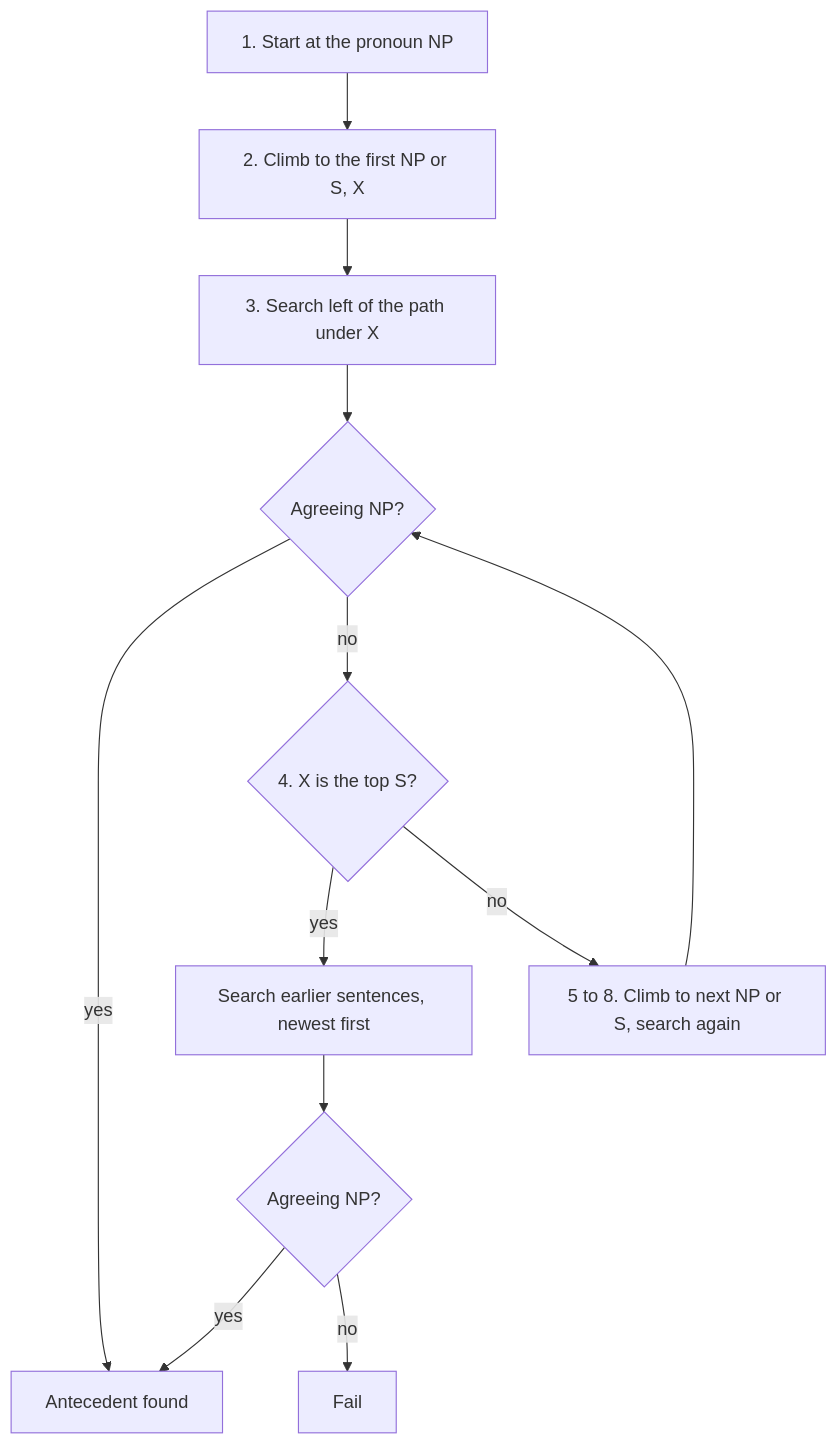
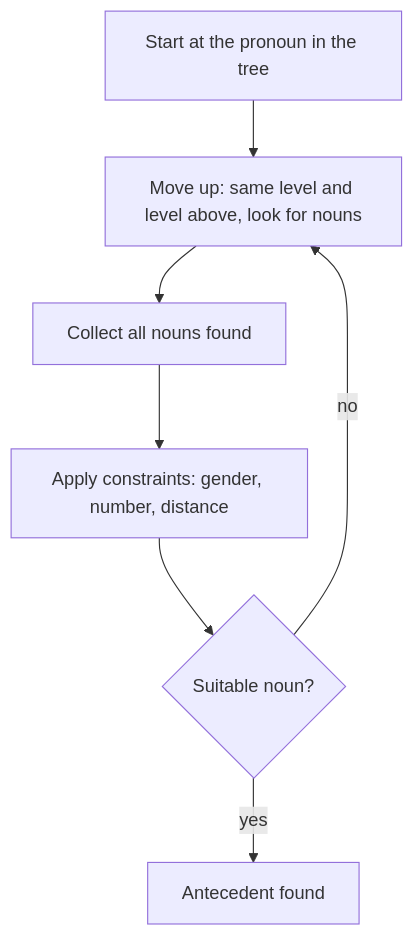
Before and after one commit to TrendySloth1001/sem-seven-notes: the diagram in content/natural-language-processing/pyq/2022-12-ce/q5b.mdx, drawn with Mermaid. The commit also changed other lines of this file and 406 other files, not shown here.

````diff
--- a/content/natural-language-processing/pyq/2022-12-ce/q5b.mdx
+++ b/content/natural-language-processing/pyq/2022-12-ce/q5b.mdx
@@ -25,15 +16,10 @@
 ```mermaid
-%% caption: Hobbs search. First search the pronoun's own sentence outward from the pronoun, then earlier sentences, newest first. The first agreeing NP is the antecedent.
+%% caption: The four Hobbs steps. If no noun survives the constraints, the search is repeated.
 flowchart TD
-  A["1. Start at the pronoun NP"] --> B["2. Climb to the first NP or S, X"]
-  B --> C["3. Search left of the path under X"]
-  C --> D{"Agreeing NP?"}
-  D -->|"yes"| Z["Antecedent found"]
-  D -->|"no"| E{"4. X is the top S?"}
-  E -->|"yes"| F["Search earlier sentences, newest first"]
-  F --> G{"Agreeing NP?"}
-  G -->|"yes"| Z
-  G -->|"no"| Y["Fail"]
-  E -->|"no"| H["5 to 8. Climb to next NP or S, search again"]
-  H --> D
+  A["Start at the pronoun in the tree"] --> B["Move up: same level and level above, look for nouns"]
+  B --> C["Collect all nouns found"]
+  C --> D["Apply constraints: gender, number, distance"]
+  D --> E{"Suitable noun?"}
+  E -->|"yes"| F["Antecedent found"]
+  E -->|"no"| B
 ```
````
